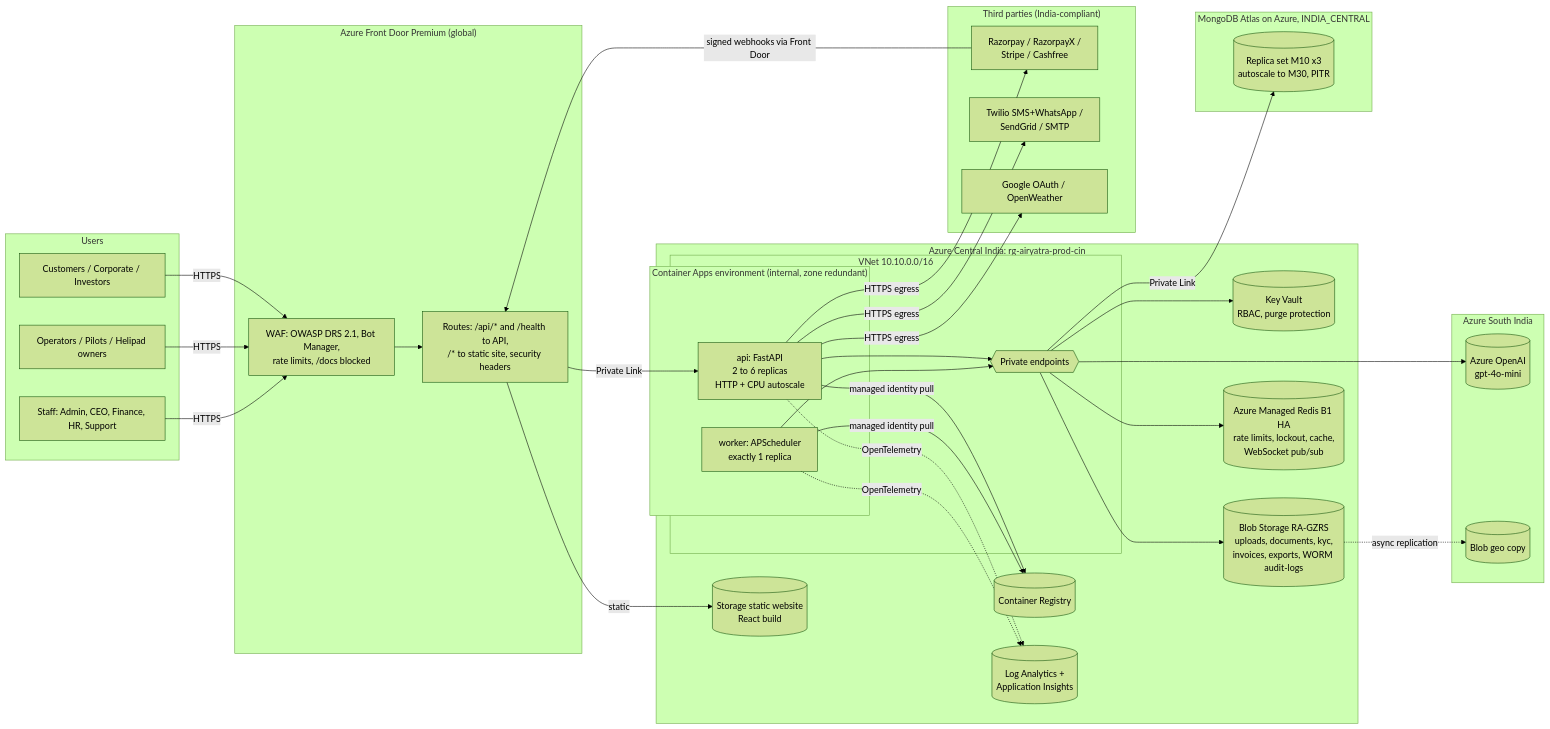
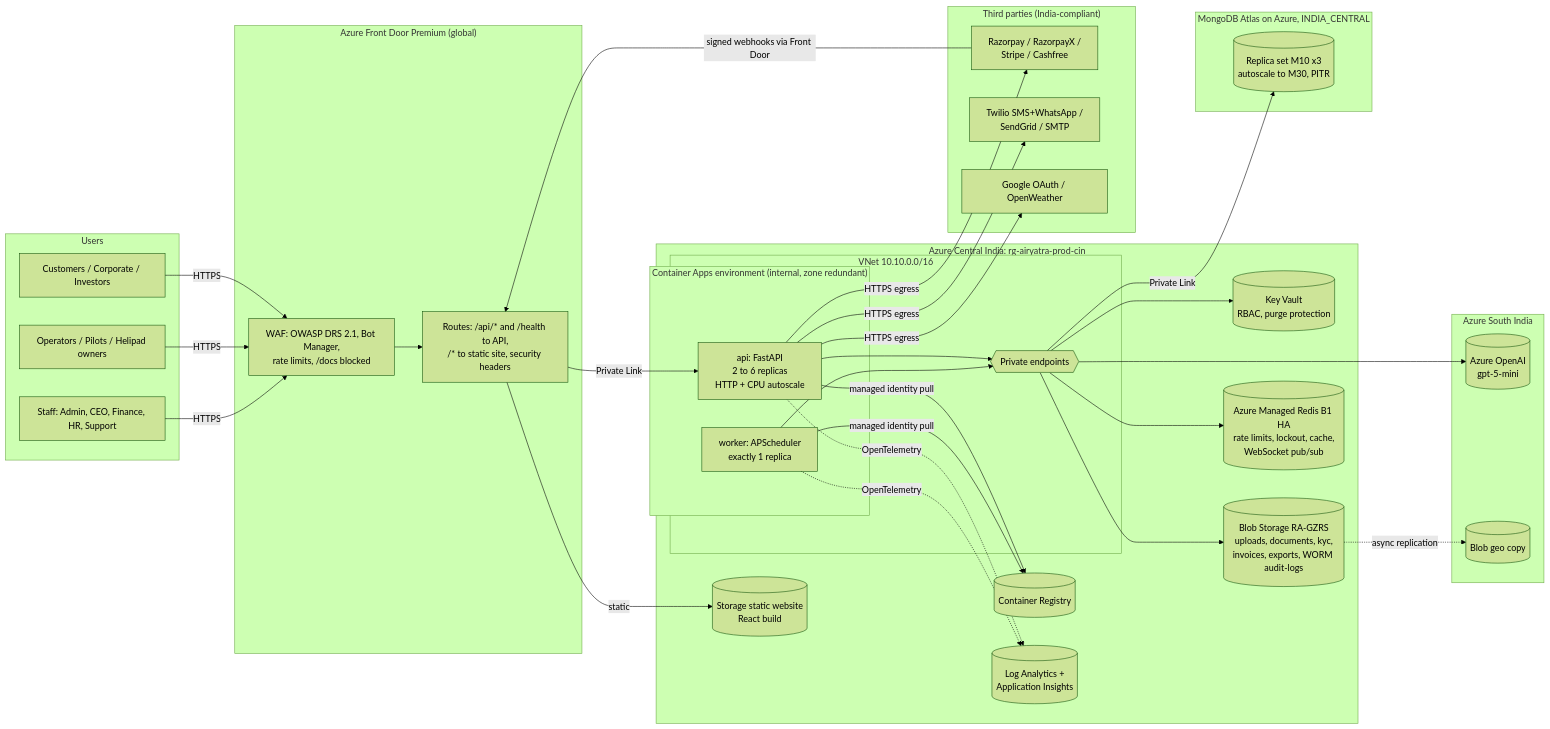
One commit to vishal29bhp/AirYatra changed the first of 2 diagrams in docs/architecture/01-target-architecture.md. Above: the diagram before and after it, drawn with Mermaid (forest theme). The commit also changed other lines of this file and 5 other files, not shown here.

````diff
--- a/docs/architecture/01-target-architecture.md
+++ b/docs/architecture/01-target-architecture.md
@@ -49,57 +49,57 @@
 ```mermaid
 flowchart LR
   subgraph Users
     C[Customers / Corporate / Investors]
     O[Operators / Pilots / Helipad owners]
     S[Staff: Admin, CEO, Finance, HR, Support]
   end
 
   subgraph Edge["Azure Front Door Premium (global)"]
     WAF[WAF: OWASP DRS 2.1, Bot Manager,\nrate limits, /docs blocked]
     AFD[Routes: /api/* and /health to API,\n/* to static site, security headers]
   end
 
   subgraph CIN["Azure Central India: rg-airyatra-prod-cin"]
     WEB[(Storage static website\nReact build)]
     subgraph VNET["VNet 10.10.0.0/16"]
       subgraph ACA["Container Apps environment (internal, zone redundant)"]
         API[api: FastAPI\n2 to 6 replicas\nHTTP + CPU autoscale]
         WRK[worker: APScheduler\nexactly 1 replica]
       end
       PE{{Private endpoints}}
     end
     KV[(Key Vault\nRBAC, purge protection)]
     BLOB[(Blob Storage RA-GZRS\nuploads, documents, kyc,\ninvoices, exports, WORM audit-logs)]
     REDIS[(Azure Managed Redis B1 HA\nrate limits, lockout, cache,\nWebSocket pub/sub)]
     ACR[(Container Registry)]
     LAW[(Log Analytics +\nApplication Insights)]
   end
 
   subgraph ATLAS["MongoDB Atlas on Azure, INDIA_CENTRAL"]
     MDB[(Replica set M10 x3\nautoscale to M30, PITR)]
   end
 
   subgraph SIN["Azure South India"]
-    AOAI[(Azure OpenAI\ngpt-4o-mini)]
+    AOAI[(Azure OpenAI\ngpt-5-mini)]
     GEO[(Blob geo copy)]
   end
 
   subgraph SaaS["Third parties (India-compliant)"]
     PAY[Razorpay / RazorpayX /\nStripe / Cashfree]
     MSG[Twilio SMS+WhatsApp /\nSendGrid / SMTP]
     GOO[Google OAuth / OpenWeather]
   end
 
   C & O & S -->|HTTPS| WAF --> AFD
   AFD -->|static| WEB
   AFD -->|Private Link| API
   API --> PE
   WRK --> PE
   PE --> KV & BLOB & REDIS & AOAI
   PE -->|Private Link| MDB
   API & WRK -->|managed identity pull| ACR
   API & WRK -.->|OpenTelemetry| LAW
   API -->|HTTPS egress| PAY & MSG & GOO
   PAY -->|signed webhooks via Front Door| AFD
   BLOB -.->|async replication| GEO
 ```
````
